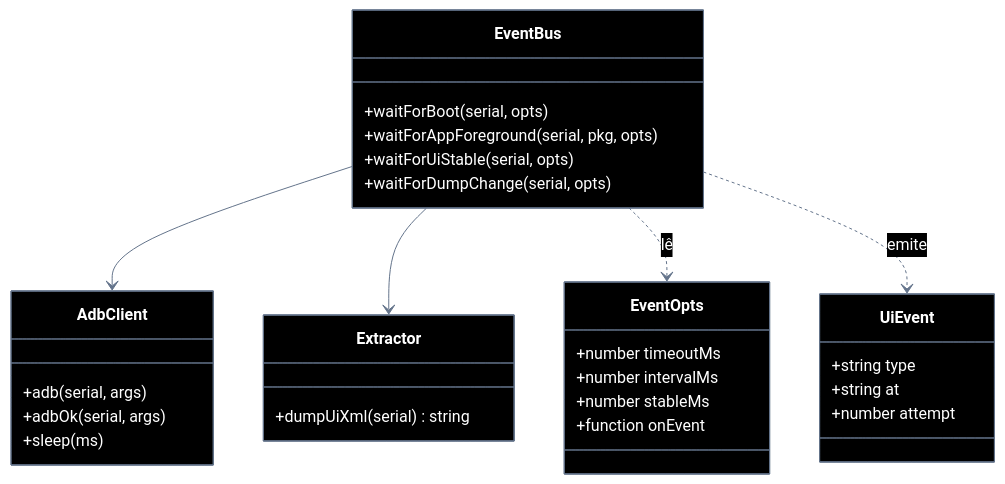
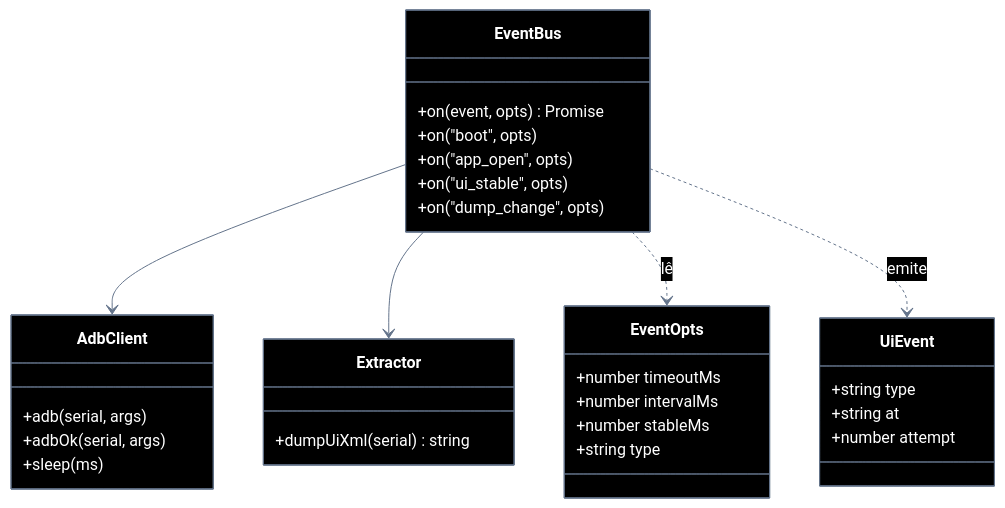
The fifth of 5 diagrams in connectmax/screen-robot/implementation-plan/EP-02-eventos-de-ui.md (laerciogermano/workstation), drawn with Mermaid before and after one commit. The commit also changed other lines of this file and 2 other files, not shown here.

Commit message:
Troca waitFor* por on(evento) nos planos de eventos de UI.

````diff
--- a/connectmax/screen-robot/implementation-plan/EP-02-eventos-de-ui.md
+++ b/connectmax/screen-robot/implementation-plan/EP-02-eventos-de-ui.md
@@ -439,74 +439,75 @@
 ```mermaid
 ---
 config:
   theme: base
   themeVariables:
     darkMode: true
     background: '#000000'
     primaryColor: '#000000'
     primaryTextColor: '#ffffff'
     primaryBorderColor: '#64748b'
     secondaryColor: '#000000'
     secondaryTextColor: '#ffffff'
     secondaryBorderColor: '#64748b'
     tertiaryColor: '#000000'
     tertiaryTextColor: '#ffffff'
     tertiaryBorderColor: '#64748b'
     lineColor: '#64748b'
     textColor: '#ffffff'
     mainBkg: '#000000'
     nodeBorder: '#64748b'
     clusterBkg: '#000000'
     clusterBorder: '#333333'
     titleColor: '#ffffff'
     edgeLabelBackground: '#000000'
     actorBkg: '#000000'
     actorBorder: '#64748b'
     actorTextColor: '#ffffff'
     actorLineColor: '#333333'
     signalColor: '#94a3b8'
     signalTextColor: '#ffffff'
     labelBoxBkgColor: '#000000'
     labelBoxBorderColor: '#64748b'
     labelTextColor: '#ffffff'
     loopTextColor: '#ffffff'
     noteBorderColor: '#64748b'
     noteBkgColor: '#111111'
     noteTextColor: '#ffffff'
     activationBorderColor: '#64748b'
     activationBkgColor: '#1a1a1a'
     sequenceNumberColor: '#ffffff'
     classText: '#ffffff'
 ---
 classDiagram
   direction TB
   class EventOpts {
     +number timeoutMs
     +number intervalMs
     +number stableMs
-    +function onEvent
+    +string type
   }
   class UiEvent {
     +string type
     +string at
     +number attempt
   }
   class AdbClient {
     +adb(serial, args)
     +adbOk(serial, args)
     +sleep(ms)
   }
   class Extractor {
     +dumpUiXml(serial) string
   }
   class EventBus {
-    +waitForBoot(serial, opts)
-    +waitForAppForeground(serial, pkg, opts)
-    +waitForUiStable(serial, opts)
-    +waitForDumpChange(serial, opts)
+    +on(event, opts) Promise
+    +on("boot", opts)
+    +on("app_open", opts)
+    +on("ui_stable", opts)
+    +on("dump_change", opts)
   }
   EventBus --> AdbClient
   EventBus --> Extractor
   EventBus ..> EventOpts : lê
   EventBus ..> UiEvent : emite
 ```
````
